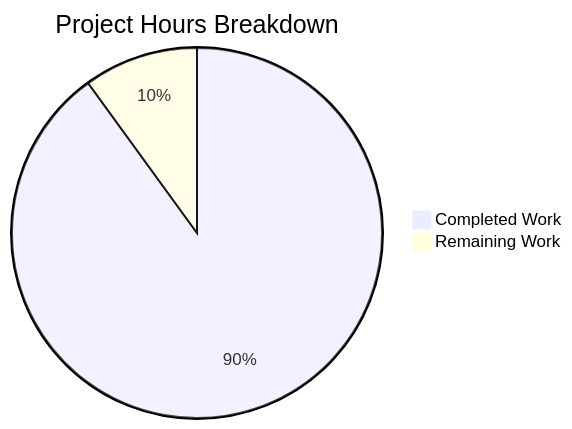
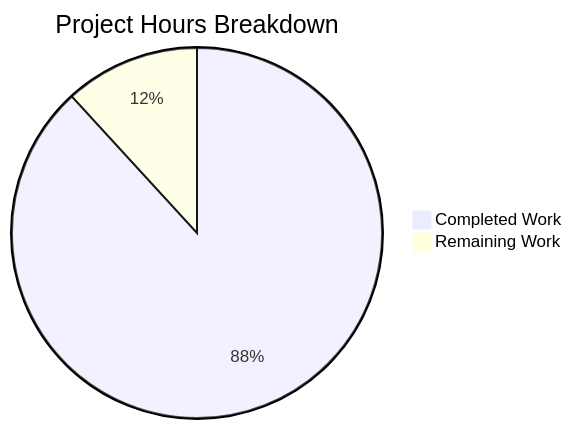
One commit to Blitzy-Sandbox/blitzy-formbricks changed the second of 2 diagrams in blitzy/documentation/Project Guide.md. Above: the diagram before and after it, drawn with Mermaid. The commit also changed other lines of this file, not shown here.

Commit message:
Adding Blitzy Project Guide: Project Status and Human Tasks Remaining

````diff
--- a/blitzy/documentation/Project Guide.md
+++ b/blitzy/documentation/Project Guide.md
@@ -218,5 +225,5 @@
 ```mermaid
 pie title Project Hours Breakdown
-    "Completed Work" : 126
-    "Remaining Work" : 14
+    "Completed Work" : 127
+    "Remaining Work" : 17
 ```
````
